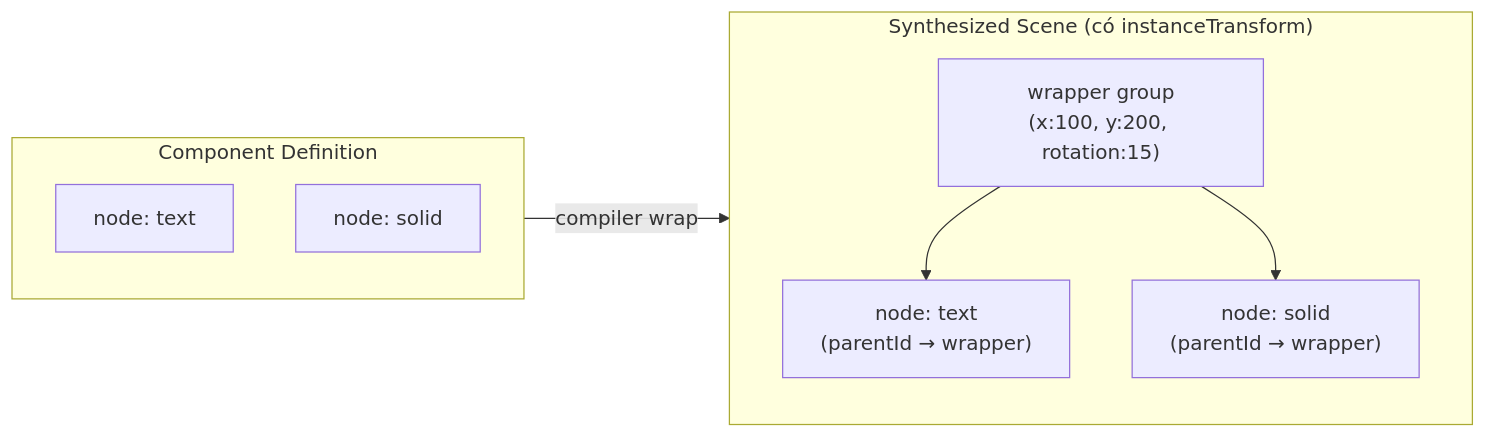
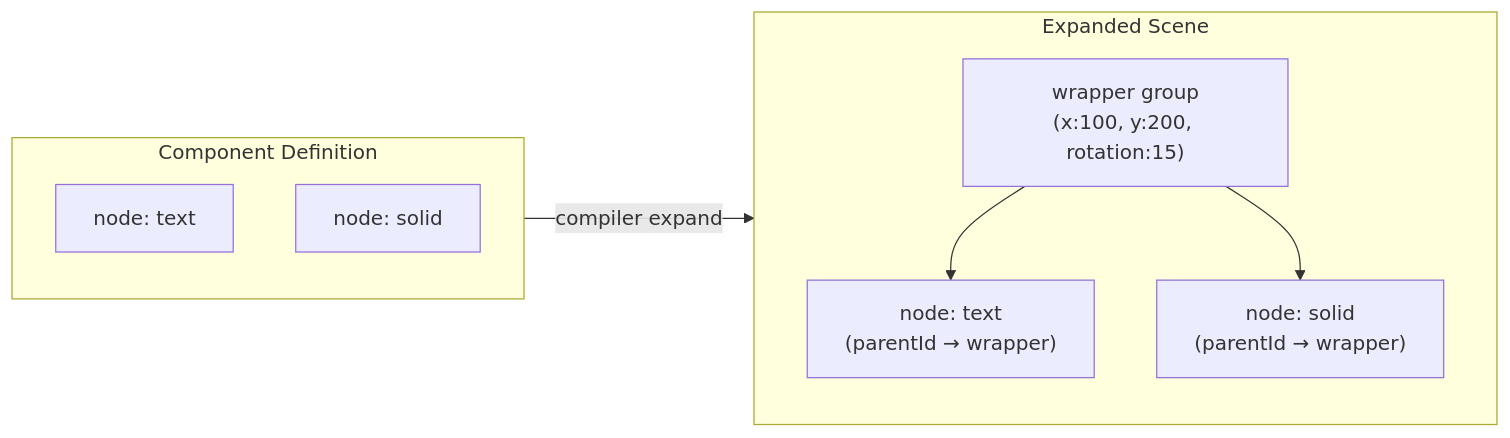
The third of 3 diagrams in docs/guide/v3-component-guide.md (mankhb2k/neonix-native), drawn with Mermaid before and after one commit. The commit also changed other lines of this file and 22 other files, not shown here.

First line of the commit message:
feat(protocol): scene-only timeline + component-as-node layer refactor

````diff
--- a/docs/guide/v3-component-guide.md
+++ b/docs/guide/v3-component-guide.md
@@ -523,17 +547,17 @@
 ```mermaid
 flowchart LR
     subgraph Before["Component Definition"]
         A["node: text"]
         B["node: solid"]
     end
 
-    subgraph After["Synthesized Scene (có instanceTransform)"]
+    subgraph After["Expanded Scene"]
         W["wrapper group\n(x:100, y:200, rotation:15)"]
         A2["node: text\n(parentId → wrapper)"]
         B2["node: solid\n(parentId → wrapper)"]
     end
 
-    Before -->|"compiler wrap"| After
+    Before -->|"compiler expand"| After
     W --> A2
     W --> B2
 ```
````
